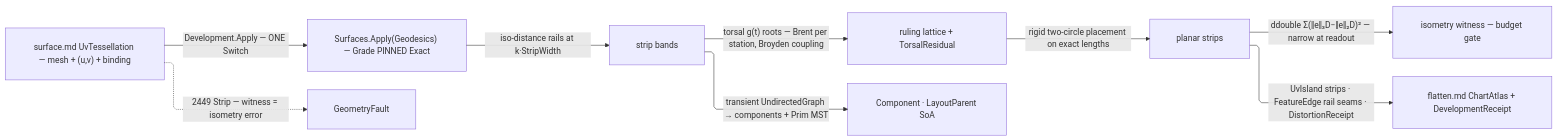
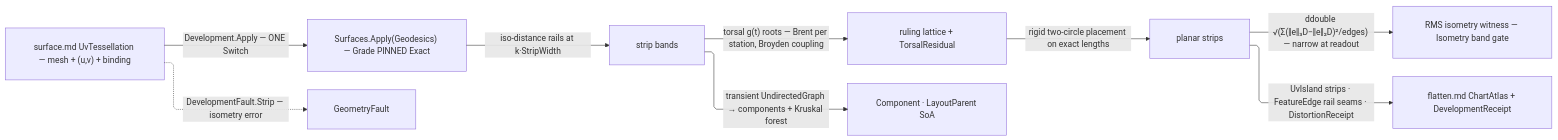
Before and after one commit to bsamiee/Rasm: the diagram in libs/csharp/Rasm/.planning/Parametric/develop.md, drawn with Mermaid. The commit also changed other lines of this file and 818 other files, not shown here.

````diff
--- a/libs/csharp/Rasm/.planning/Parametric/develop.md
+++ b/libs/csharp/Rasm/.planning/Parametric/develop.md
@@ -162,20 +168,20 @@
 ```mermaid
 ---
 config:
   layout: elk
   flowchart:
     curve: linear
     padding: 25
 ---
 flowchart LR
     accTitle: Development strip pipeline
     accDescr: Development.Apply decomposes exact geodesic rails into strips, roots torsal rulings, unrolls rigidly under the ddouble witness, and emits the strip atlas through the flatten seam.
     UvT["surface.md UvTessellation — mesh + (u,v) + binding"] -->|"Development.Apply — ONE Switch"| Rails["Surfaces.Apply(Geodesics) — Grade PINNED Exact"]
     Rails -->|"iso-distance rails at k·StripWidth"| Strips["strip bands"]
     Strips -->|"torsal g(t) roots — Brent per station, Broyden coupling"| Rulings["ruling lattice + TorsalResidual"]
     Rulings -->|"rigid two-circle placement on exact lengths"| Unroll["planar strips"]
-    Unroll -->|"ddouble Σ(‖e‖₃D−‖e‖₂D)² — narrow at readout"| Witness["isometry witness — budget gate"]
-    Strips -->|"transient UndirectedGraph → components + Prim MST"| Layout["Component · LayoutParent SoA"]
+    Unroll -->|"ddouble √(Σ(‖e‖₃D−‖e‖₂D)²/edges) — narrow at readout"| Witness["RMS isometry witness — Isometry band gate"]
+    Strips -->|"transient UndirectedGraph → components + Kruskal forest"| Layout["Component · LayoutParent SoA"]
     Unroll -->|"UvIsland strips · FeatureEdge rail seams · DistortionReceipt"| AtlasOut["flatten.md ChartAtlas + DevelopmentReceipt"]
-    UvT -.->|"2449 Strip — witness = isometry error"| GeometryFault
+    UvT -.->|"DevelopmentFault.Strip — isometry error"| GeometryFault
 ```
````
